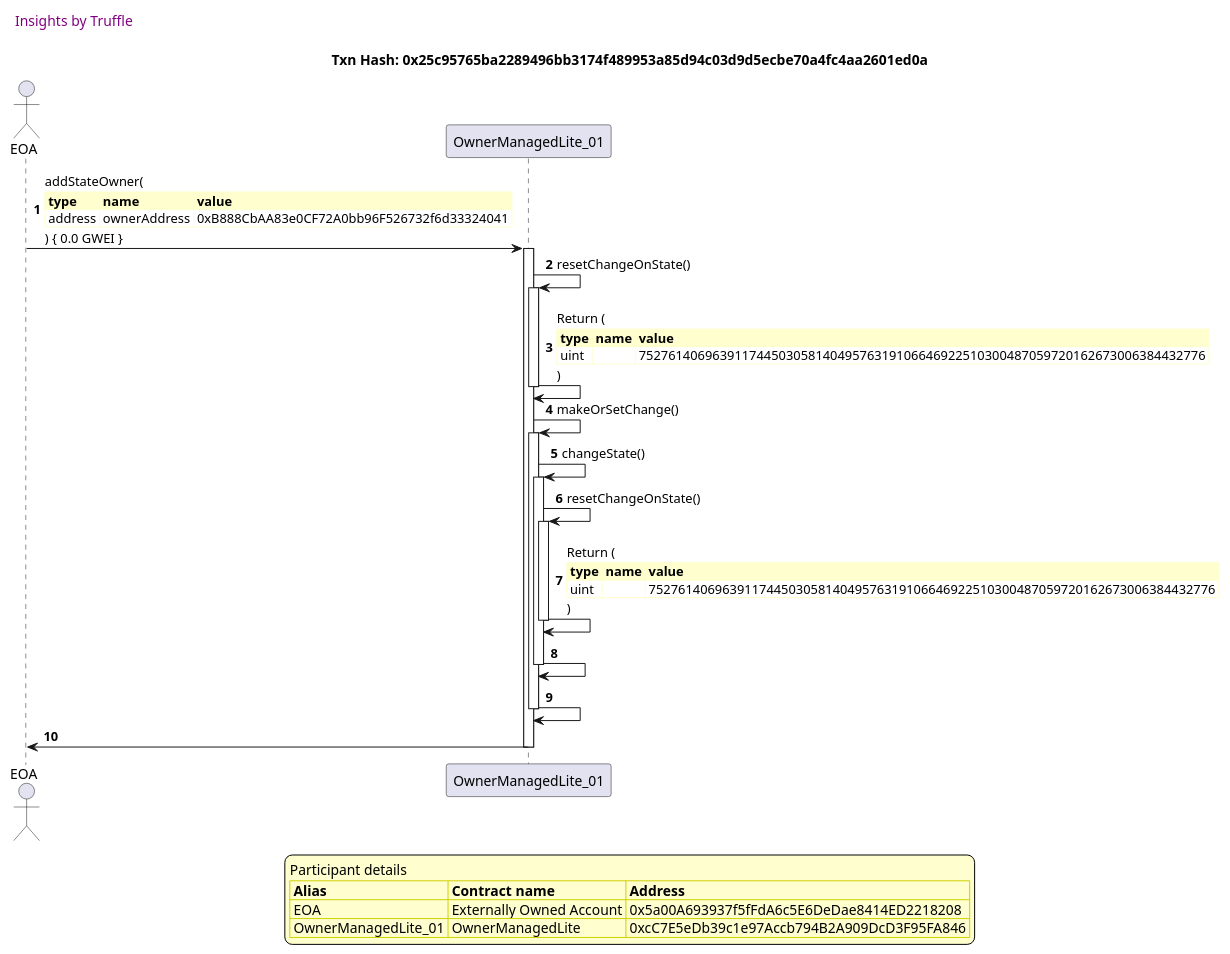
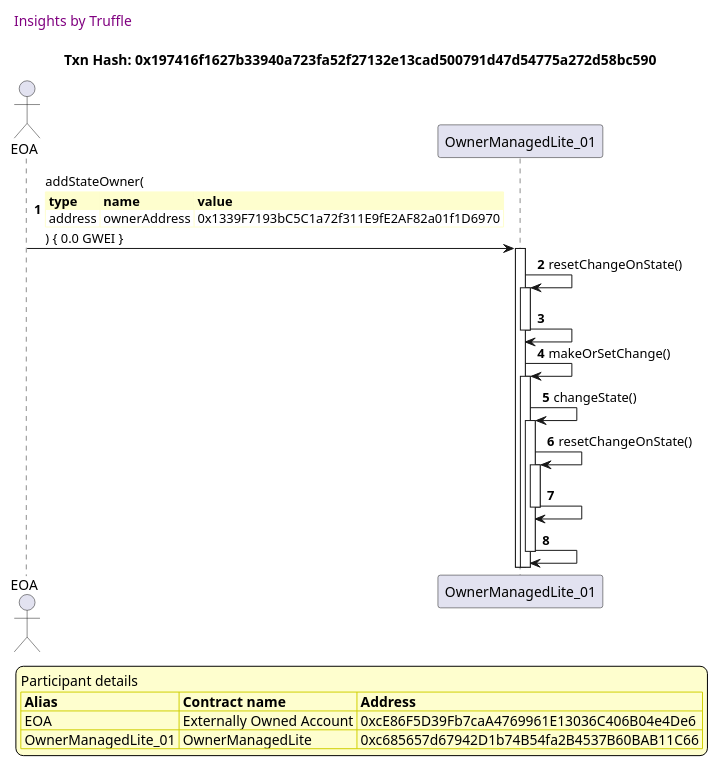
One commit to thedarkjester/ConsensysAssignment changed diagram 16 of 28 in truffle-seq/OwnerManagedLite_test_required_owners_amount.md. Above: the diagram before and after it, drawn with PlantUML. The commit also changed other lines of this file and 13 other files, not shown here.

````diff
--- a/truffle-seq/OwnerManagedLite_test_required_owners_amount.md
+++ b/truffle-seq/OwnerManagedLite_test_required_owners_amount.md
@@ -746,54 +730,46 @@
 ```plantuml
 
 
 @startuml
 
 autonumber
 skinparam legendBackgroundColor #FEFECE
 
 <style>
       header {
         HorizontalAlignment left
         FontColor purple
         FontSize 14
         Padding 10
       }
     </style>
 
 header Insights by Truffle
 
-title Txn Hash: 0x25c95765ba2289496bb3174f489953a85d94c03d9d5ecbe70a4fc4aa2601ed0a
+title Txn Hash: 0x197416f1627b33940a723fa52f27132e13cad500791d47d54775a272d58bc590
 
 
 actor EOA as "EOA"
 participant OwnerManagedLite_01 as "OwnerManagedLite_01"
 
 "EOA" -> "OwnerManagedLite_01" ++: addStateOwner(\n\
 <#FEFECE,#FEFECE>|= type |= name |= value |\n\
-| address | ownerAddress | 0xB888CbAA83e0CF72A0bb96F526732f6d33324041 |\n\
+| address | ownerAddress | 0x1339F7193bC5C1a72f311E9fE2AF82a01f1D6970 |\n\
 ) { 0.0 GWEI }
 "OwnerManagedLite_01" -> "OwnerManagedLite_01" ++: resetChangeOnState()
-"OwnerManagedLite_01" -> "OwnerManagedLite_01" --: Return (\n\
-<#FEFECE,#FEFECE>|= type |= name |= value |\n\
-| uint |  | 75276140696391174450305814049576319106646922510300487059720162673006384432776 |\n\
-)
+"OwnerManagedLite_01" -> "OwnerManagedLite_01" --: 
 "OwnerManagedLite_01" -> "OwnerManagedLite_01" ++: makeOrSetChange()
 "OwnerManagedLite_01" -> "OwnerManagedLite_01" ++: changeState()
 "OwnerManagedLite_01" -> "OwnerManagedLite_01" ++: resetChangeOnState()
-"OwnerManagedLite_01" -> "OwnerManagedLite_01" --: Return (\n\
-<#FEFECE,#FEFECE>|= type |= name |= value |\n\
-| uint |  | 75276140696391174450305814049576319106646922510300487059720162673006384432776 |\n\
-)
 "OwnerManagedLite_01" -> "OwnerManagedLite_01" --: 
 "OwnerManagedLite_01" -> "OwnerManagedLite_01" --: 
-"OwnerManagedLite_01" -> "EOA" --: 
 
 legend
 Participant details
 <#FEFECE,#D0D000>|= Alias |= Contract name |= Address |
-<#FEFECE>| EOA | Externally Owned Account | 0x5a00A693937f5fFdA6c5E6DeDae8414ED2218208 |
-<#FEFECE>| OwnerManagedLite_01 | OwnerManagedLite | 0xcC7E5eDb39c1e97Accb794B2A909DcD3F95FA846 |
+<#FEFECE>| EOA | Externally Owned Account | 0xcE86F5D39Fb7caA4769961E13036C406B04e4De6 |
+<#FEFECE>| OwnerManagedLite_01 | OwnerManagedLite | 0xc685657d67942D1b74B54fa2B4537B60BAB11C66 |
 endlegend
 
 @enduml
 ```
````
